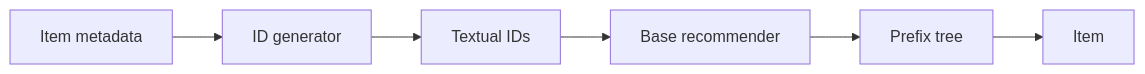
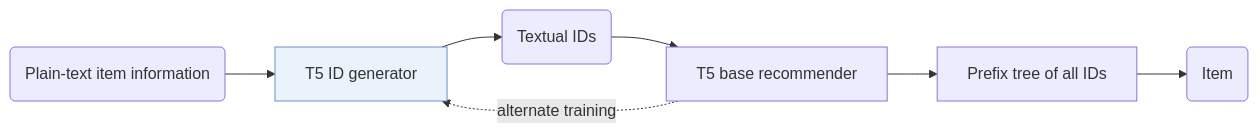
Before and after one commit to Galaxy-ghost/Awesome-SID-Generative-Rec: the first of 2 diagrams in notes/idgenrec.md, drawn with Mermaid. The commit also changed other lines of this file and 521 other files, not shown here.

Commit message:
writer-04 part 3: algorithm diagrams with shared shape conventions, README hero and paper cards, archive removed

````diff
--- a/notes/idgenrec.md
+++ b/notes/idgenrec.md
@@ -13,8 +13,10 @@
 ```mermaid
 flowchart LR
-    A[Item metadata] --> B[ID generator]
-    B --> C[Textual IDs]
-    C --> D[Base recommender]
-    D --> E[Prefix tree]
-    E --> F[Item]
+    A("Plain-text item information") --> B["T5 ID generator"]:::key
+    B --> C("Textual IDs")
+    C --> D["T5 base recommender"]
+    D --> E["Prefix tree of all IDs"]
+    E --> F("Item")
+    D -.->|alternate training| B
+    classDef key fill:#eaf2fb,stroke:#6b8fc7
 ```
````
